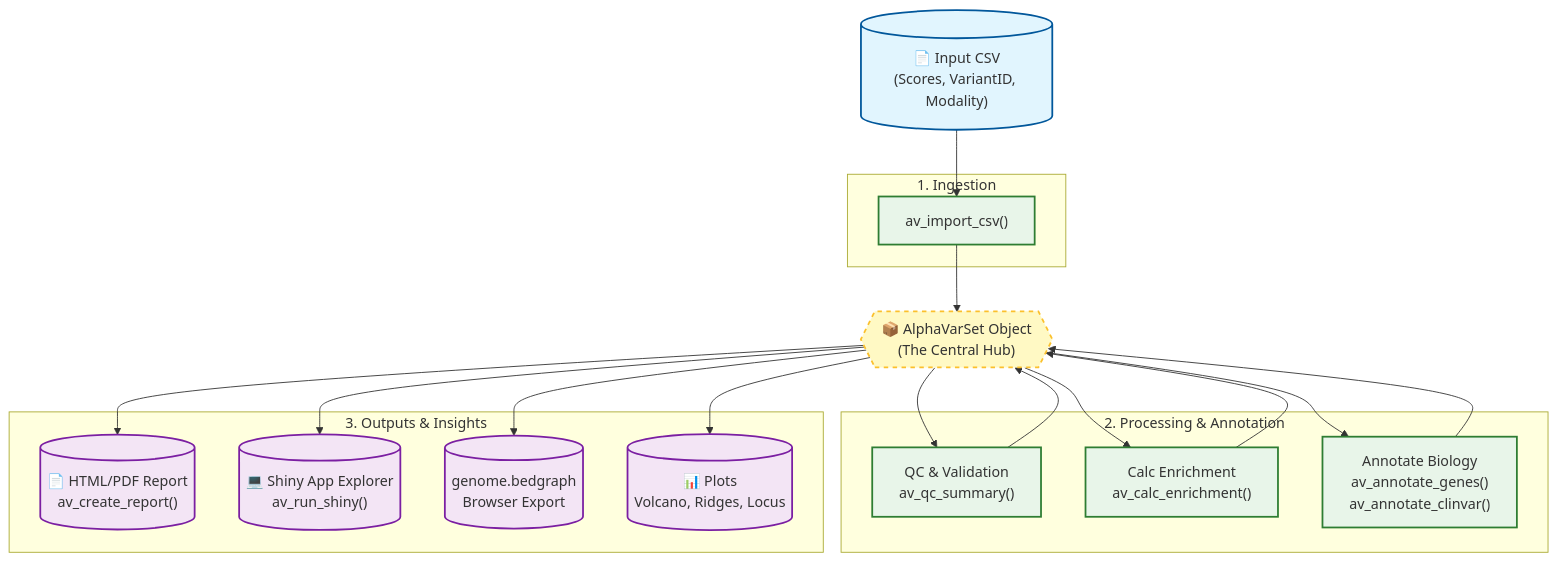
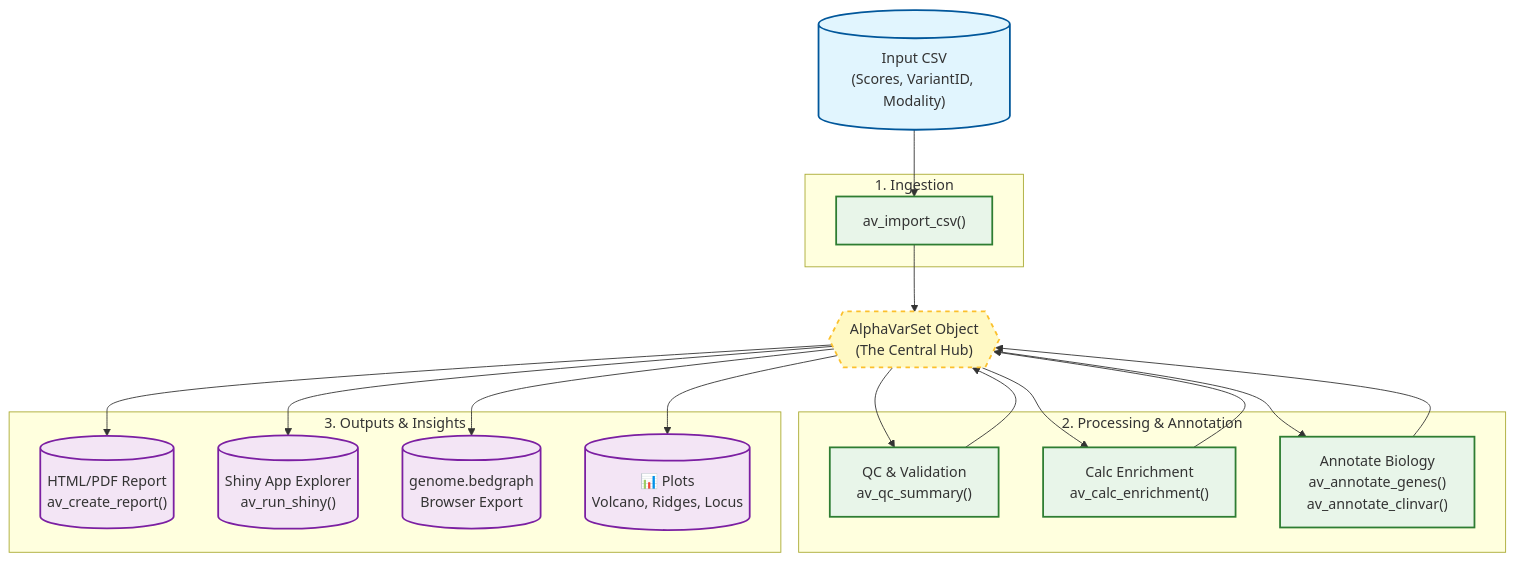
The diagram in README.md (KarimMarhaba/AlphaVaR), drawn with Mermaid before and after one commit. The commit also changed other lines of this file and 2 other files, not shown here.

````diff
--- a/README.md
+++ b/README.md
@@ -16,51 +16,51 @@
 ``` mermaid
 graph TD
     %% Nodes and Styles
     classDef input fill:#e1f5fe,stroke:#01579b,stroke-width:2px;
     classDef object fill:#fff9c4,stroke:#fbc02d,stroke-width:2px,stroke-dasharray: 5 5;
     classDef calc fill:#e8f5e9,stroke:#2e7d32,stroke-width:2px;
     classDef output fill:#f3e5f5,stroke:#7b1fa2,stroke-width:2px;
 
     %% 1. INPUT
-    UserCSV[("📄 Input CSV<br/>(Scores, VariantID, Modality)")]:::input
+    UserCSV[(" Input CSV<br/>(Scores, VariantID, Modality)")]:::input
     
     %% 2. INGESTION
     subgraph Ingestion ["1. Ingestion"]
         Import["av_import_csv()"]:::calc
     end
 
     %% 3. THE OBJECT
-    AVSet{{"📦 AlphaVarSet Object<br/>(The Central Hub)"}}:::object
+    AVSet{{" AlphaVarSet Object<br/>(The Central Hub)"}}:::object
 
     %% 4. PROCESSING & ANNOTATION
     subgraph Processing ["2. Processing & Annotation"]
         QC["QC & Validation<br/>av_qc_summary()"]:::calc
         Stats["Calc Enrichment<br/>av_calc_enrichment()"]:::calc
         Bio["Annotate Biology<br/>av_annotate_genes()<br/>av_annotate_clinvar()"]:::calc
     end
 
     %% 5. OUTPUTS
     subgraph Outputs ["3. Outputs & Insights"]
-        Report[("📄 HTML/PDF Report<br/>av_create_report()")]:::output
-        App[("💻 Shiny App Explorer<br/>av_run_shiny()")]:::output
+        Report[(" HTML/PDF Report<br/>av_create_report()")]:::output
+        App[(" Shiny App Explorer<br/>av_run_shiny()")]:::output
         Tracks[("genome.bedgraph<br/>Browser Export")]:::output
         Plots[("📊 Plots<br/>Volcano, Ridges, Locus")]:::output
     end
 
     %% Connections
     UserCSV --> Import
     Import --> AVSet
     
     AVSet --> QC
     AVSet --> Stats
     AVSet --> Bio
     
     QC --> AVSet
     Stats --> AVSet
     Bio --> AVSet
 
     AVSet --> Report
     AVSet --> App
     AVSet --> Tracks
     AVSet --> Plots
 ```
````
